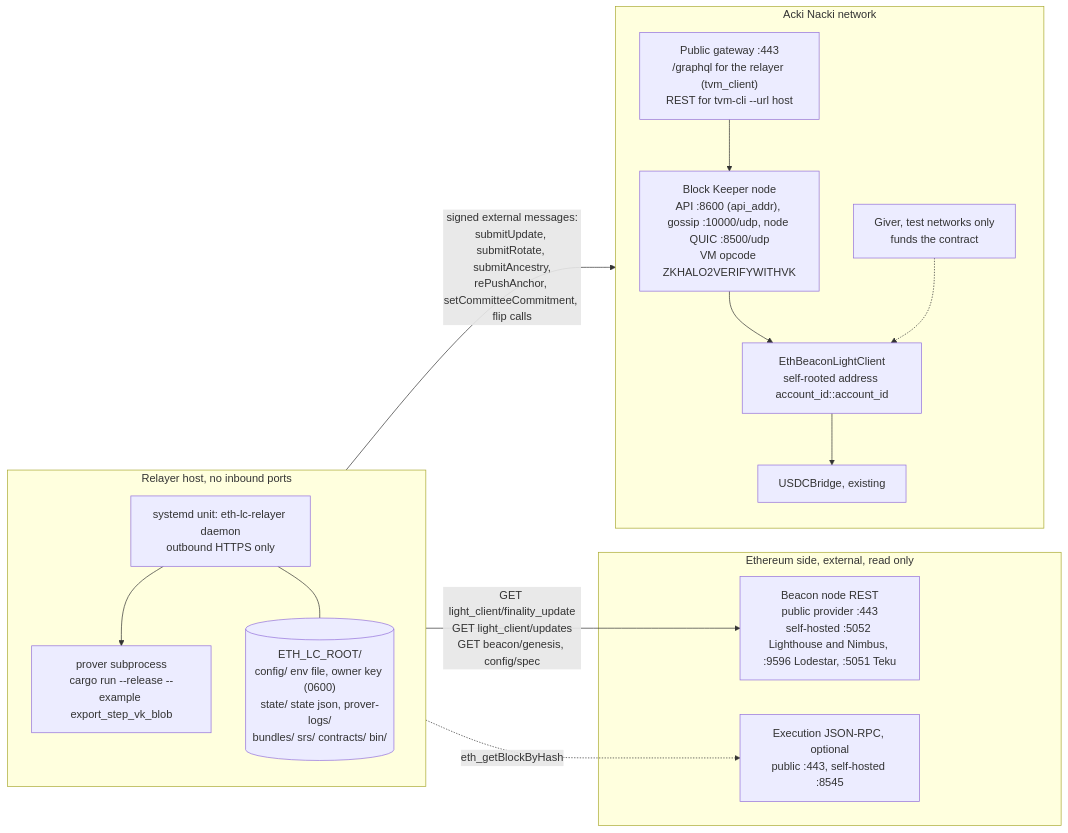
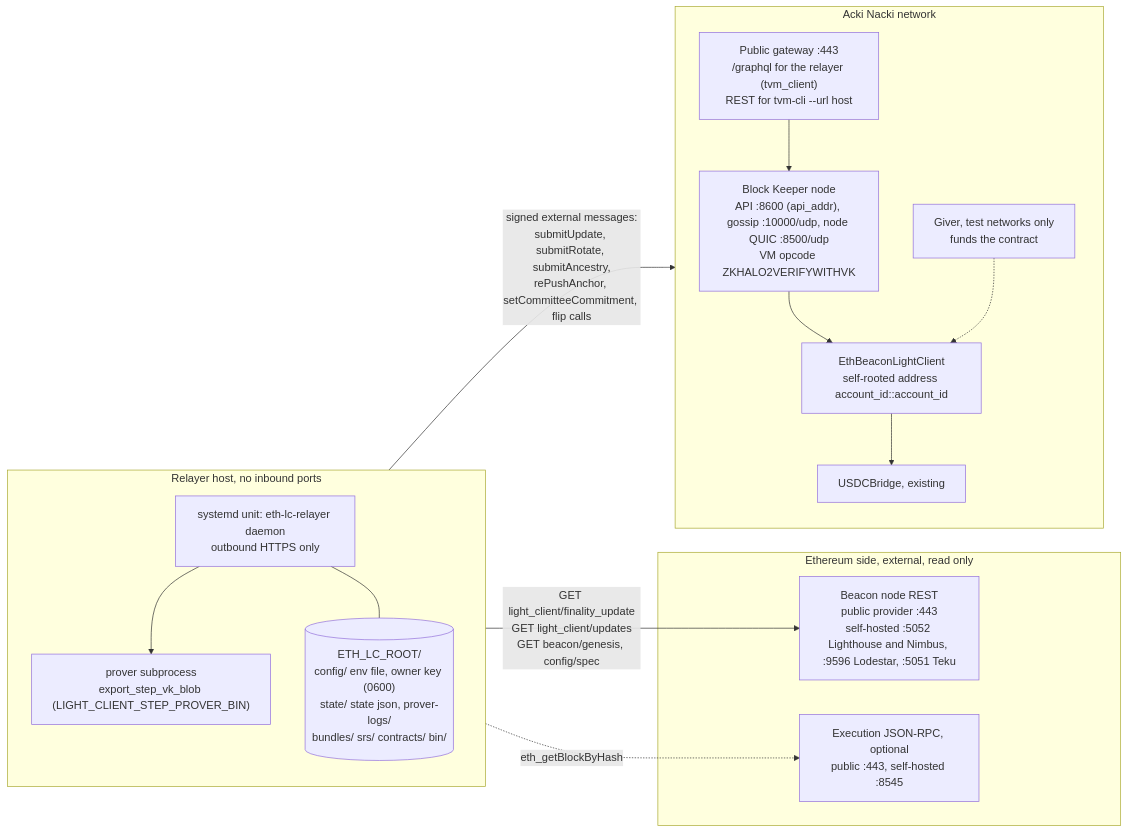
Before and after one commit to gosh-sh/bridge: the fifth of 5 diagrams in docs/eth-light-client.md, drawn with Mermaid. The commit also changed other lines of this file and 14 other files, not shown here.

````diff
--- a/docs/eth-light-client.md
+++ b/docs/eth-light-client.md
@@ -316,30 +316,30 @@
 ```mermaid
 flowchart LR
   subgraph EXT["Ethereum side, external, read only"]
     BN["Beacon node REST<br/>public provider :443<br/>self-hosted :5052 Lighthouse and Nimbus, :9596 Lodestar, :5051 Teku"]
     EN["Execution JSON-RPC, optional<br/>public :443, self-hosted :8545"]
   end
   subgraph RH["Relayer host, no inbound ports"]
     direction TB
     SVC["systemd unit: eth-lc-relayer daemon<br/>outbound HTTPS only"]
-    PRV["prover subprocess<br/>cargo run --release --example export_step_vk_blob"]
+    PRV["prover subprocess<br/>export_step_vk_blob (LIGHT_CLIENT_STEP_PROVER_BIN)"]
     FS[("ETH_LC_ROOT/<br/>config/ env file, owner key (0600)<br/>state/ state json, prover-logs/<br/>bundles/ srs/ contracts/ bin/")]
     SVC --> PRV
     SVC --- FS
   end
   subgraph ANN["Acki Nacki network"]
     direction TB
     GW["Public gateway :443<br/>/graphql for the relayer (tvm_client)<br/>REST for tvm-cli --url host"]
     NODE["Block Keeper node<br/>API :8600 (api_addr), gossip :10000/udp, node QUIC :8500/udp<br/>VM opcode ZKHALO2VERIFYWITHVK"]
     LC["EthBeaconLightClient<br/>self-rooted address account_id::account_id"]
     UB["USDCBridge, existing"]
     GIV["Giver, test networks only<br/>funds the contract"]
     GW --> NODE
     NODE --> LC
     LC --> UB
     GIV -.-> LC
   end
   SVC -- "GET light_client/finality_update<br/>GET light_client/updates<br/>GET beacon/genesis, config/spec" --> BN
   SVC -. "eth_getBlockByHash" .-> EN
   SVC -- "signed external messages:<br/>submitUpdate, submitRotate, submitAncestry,<br/>rePushAnchor, setCommitteeCommitment, flip calls" --> GW
 ```
````
